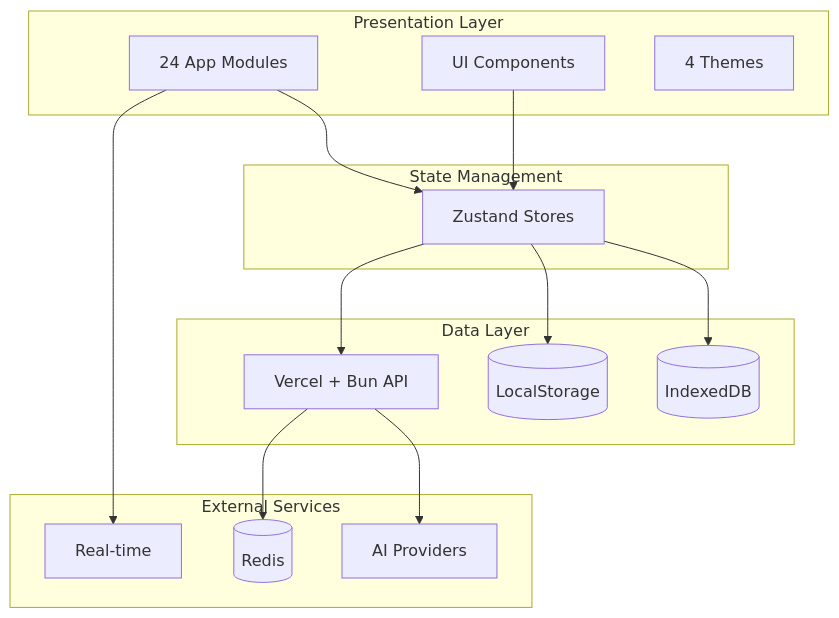
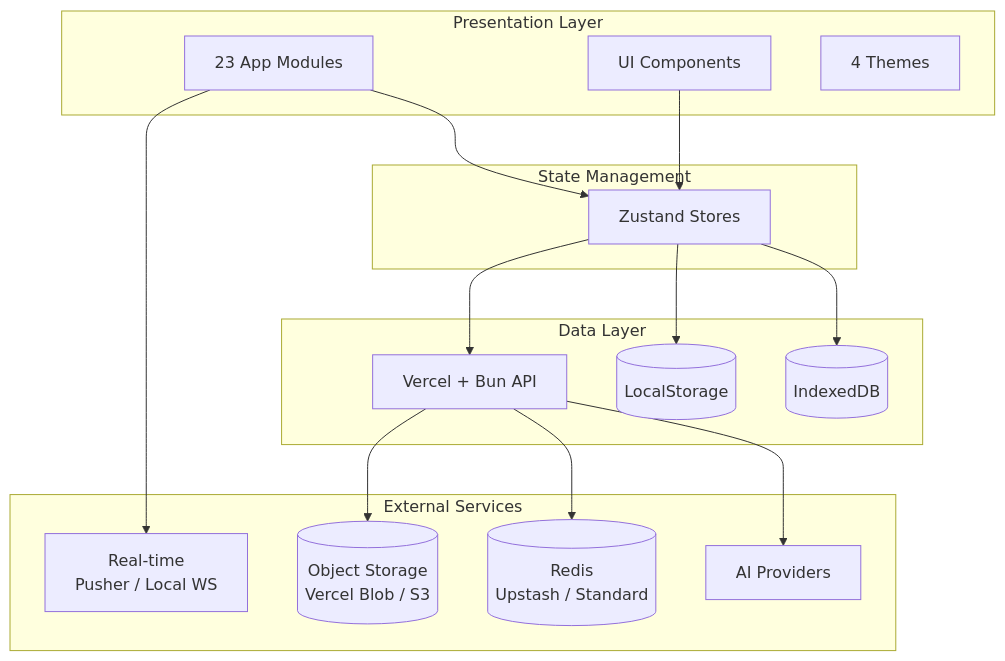
One commit to ryokun6/ryos changed the diagram in docs/1-overview.md. Above: the diagram before and after it, drawn with Mermaid. The commit also changed other lines of this file and 19 other files, not shown here.

````diff
--- a/docs/1-overview.md
+++ b/docs/1-overview.md
@@ -7,33 +7,35 @@
 ```mermaid
 graph TB
     subgraph Presentation["Presentation Layer"]
-        Apps[24 App Modules]
+        Apps[23 App Modules]
         UI[UI Components]
         Themes[4 Themes]
     end
     
     subgraph State["State Management"]
         Zustand[Zustand Stores]
     end
     
     subgraph Data["Data Layer"]
         IndexedDB[(IndexedDB)]
         LocalStorage[(LocalStorage)]
         API[Vercel + Bun API]
     end
     
     subgraph External["External Services"]
         AI[AI Providers]
-        Pusher[Real-time]
-        Redis[(Redis)]
+        Pusher[Real-time<br/>Pusher / Local WS]
+        Redis[(Redis<br/>Upstash / Standard)]
+        ObjectStorage[(Object Storage<br/>Vercel Blob / S3)]
     end
     
     Apps --> Zustand
     UI --> Zustand
     Zustand --> IndexedDB
     Zustand --> LocalStorage
     Zustand --> API
     API --> AI
     API --> Redis
+    API --> ObjectStorage
     Apps --> Pusher
 ```
````
